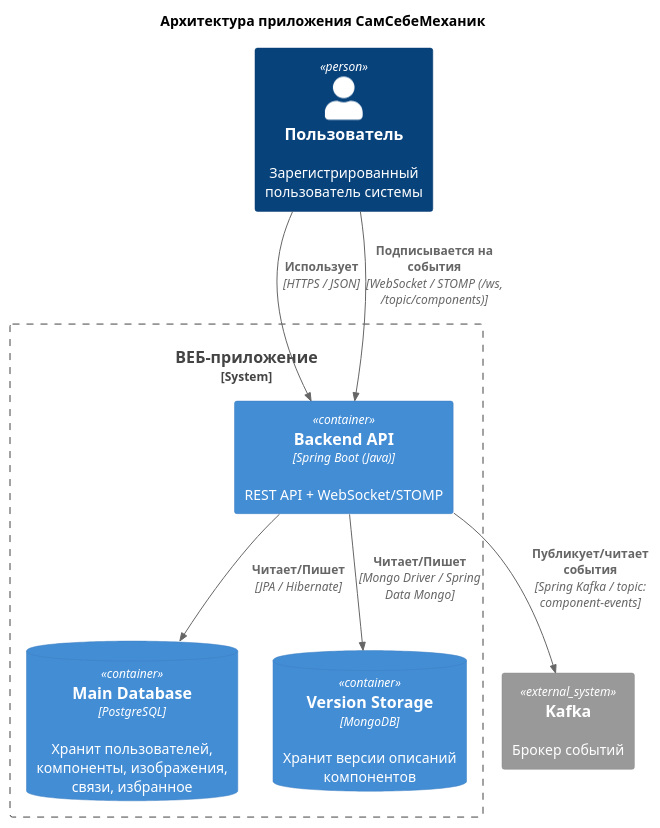
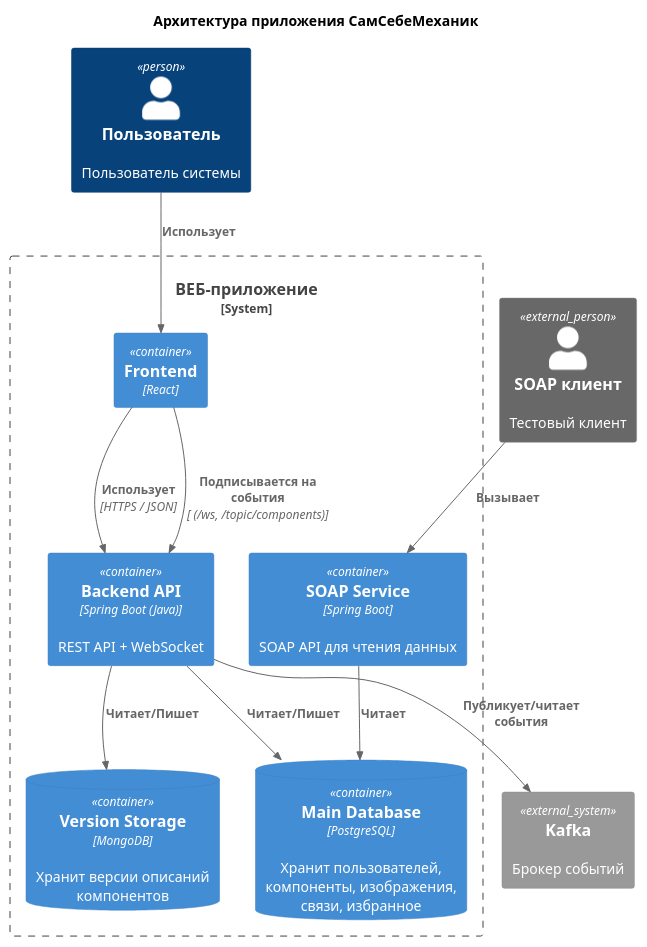
One commit to konstantinius96/catalog-service-1-1 changed the first of 2 diagrams in docs/diagrams/c4.pu. Above: the diagram before and after it, drawn with PlantUML.

```diff
--- a/docs/diagrams/c4.pu
+++ b/docs/diagrams/c4.pu
@@ -2,28 +2,39 @@
 @startuml
 
 !include <c4/C4_Container.puml>
 
 title Архитектура приложения СамСебеМеханик
 
-Person(user, "Пользователь", "Зарегистрированный пользователь системы")
+Person(user, "Пользователь", "Пользователь системы")
 
-System_Boundary(system, "ВЕБ-приложение") {
+System_Boundary(WebApp, "ВЕБ-приложение") {
 
-    Container(backend, "Backend API", "Spring Boot (Java)", "REST API + WebSocket/STOMP")
+    Container(frontend, "Frontend", "React")
+    
+    Container(backend, "Backend API", "Spring Boot (Java)", "REST API + WebSocket")
 
-    ContainerDb(postgres, "Main Database", "PostgreSQL", "Хранит пользователей, компоненты, изображения, связи, избранное")
+    Container(soapService, "SOAP Service", "Spring Boot", "SOAP API для чтения данных")
 
-    ContainerDb(mongo, "Version Storage", "MongoDB", "Хранит версии описаний компонентов")
+    ContainerDb(postgreSQL, "Main Database", "PostgreSQL", "Хранит пользователей, компоненты, изображения, связи, избранное")
 
+    ContainerDb(mongoDB, "Version Storage", "MongoDB", "Хранит версии описаний компонентов")
 }
 
 System_Ext(kafka, "Kafka", "Брокер событий")
 
-Rel(user, backend, "Использует", "HTTPS / JSON")
-Rel(user, backend, "Подписывается на события", "WebSocket / STOMP (/ws, /topic/components)")
+Person_Ext(soapClient, "SOAP клиент", "Тестовый клиент")
 
-Rel(backend, postgres, "Читает/Пишет", "JPA / Hibernate")
-Rel(backend, mongo, "Читает/Пишет", "Mongo Driver / Spring Data Mongo")
-Rel(backend, kafka, "Публикует/читает события", "Spring Kafka / topic: component-events")
+Rel(soapClient, soapService, "Вызывает")
+
+Rel(user, frontend, "Использует")
+
+Rel(soapService, postgreSQL, "Читает")
+
+Rel(frontend, backend, "Использует", "HTTPS / JSON")
+Rel(frontend, backend, "Подписывается на события", " (/ws, /topic/components)")
+
+Rel(backend, postgreSQL, "Читает/Пишет")
+Rel(backend, mongoDB, "Читает/Пишет")
+Rel(backend, kafka, "Публикует/читает события")
 
 @enduml
```
